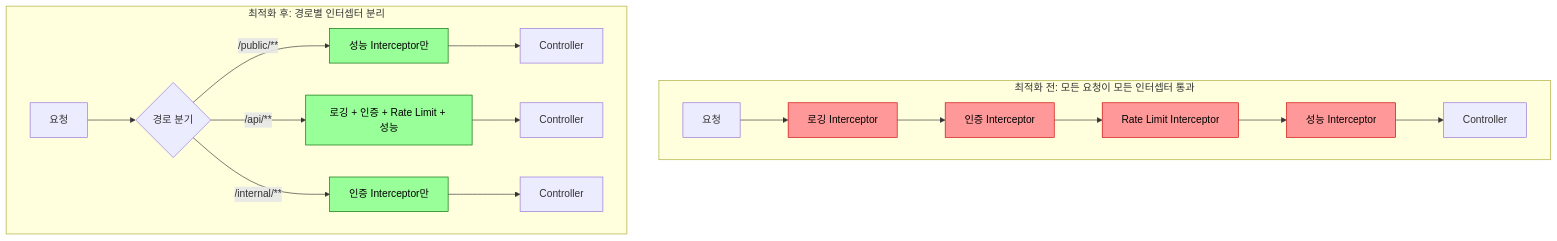
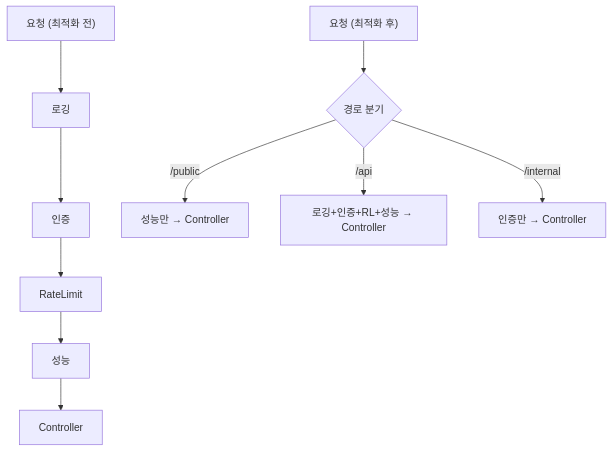
One commit to yjkim2015/yjkim2015.github.io changed the seventh of 8 diagrams in _posts/spring/2026-05-02-spring-interceptor.md. Above: the diagram before and after it, drawn with Mermaid. The commit also changed other lines of this file and 215 other files, not shown here.

First line of the commit message:
신규 포스트 10개 추가 + Mermaid 전면 축소 + SystemDesign 시리즈 보강

````diff
--- a/_posts/spring/2026-05-02-spring-interceptor.md
+++ b/_posts/spring/2026-05-02-spring-interceptor.md
@@ -1147,26 +1078,8 @@
 ```mermaid
 graph TD
-    subgraph "최적화 전: 모든 요청이 모든 인터셉터 통과"
-        A1["요청"] --> B1["로깅 Interceptor"]
-        B1 --> C1["인증 Interceptor"]
-        C1 --> D1[Rate Limit Interceptor]
-        D1 --> E1["성능 Interceptor"]
-        E1 --> F1[Controller]
-    end
-
-    subgraph "최적화 후: 경로별 인터셉터 분리"
-        A2["요청"] --> G{"경로 분기"}
-        G -->|"/public/**"| H["성능 Interceptor만"]
-        G -->|"/api/**"| I["로깅 + 인증 + Rate Limit + 성능"]
-        G -->|"/internal/**"| J["인증 Interceptor만"]
-        H --> K1[Controller]
-        I --> K2[Controller]
-        J --> K3[Controller]
-    end
-
-    classDef bad fill:#ff9999,stroke:#cc0000,color:#000
-    classDef good fill:#99ff99,stroke:#006600,color:#000
-
-    class B1,C1,D1,E1 bad
-    class H,I,J good
+    A["요청 (최적화 전)"] --> B["로깅"] --> C["인증"] --> D["RateLimit"] --> E["성능"] --> F["Controller"]
+    A2["요청 (최적화 후)"] --> G{"경로 분기"}
+    G -->|"/public"| H["성능만 → Controller"]
+    G -->|"/api"| I["로깅+인증+RL+성능 → Controller"]
+    G -->|"/internal"| J["인증만 → Controller"]
 ```
````
